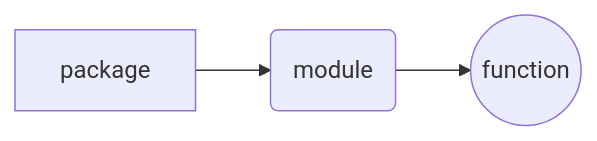
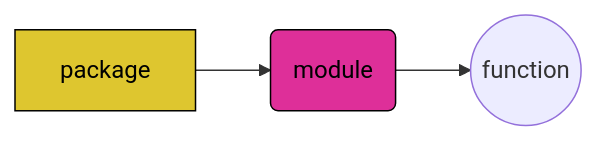
Before and after one commit to danielparthier/schmitzlab_python: the diagram in course_day_1.qmd, drawn with Mermaid. The commit also changed other lines of this file, not shown here.

Commit message:
'breaking strings' section, numbers and add colour to mermaid graph

````diff
--- a/course_day_1.qmd
+++ b/course_day_1.qmd
@@ -223,7 +223,9 @@
 ```{mermaid}
 %%| echo: false
 %%| fig-width: 5
 
 flowchart LR
-  A[package] --> B(module) --> C((function))
+    A[package] --> B(module) --> C((function))
+    style A fill:#DEC62F,stroke:#000000,color:#000000
+    style B fill:#DE2F99,stroke:#000000,color:#000000
 ```
````
